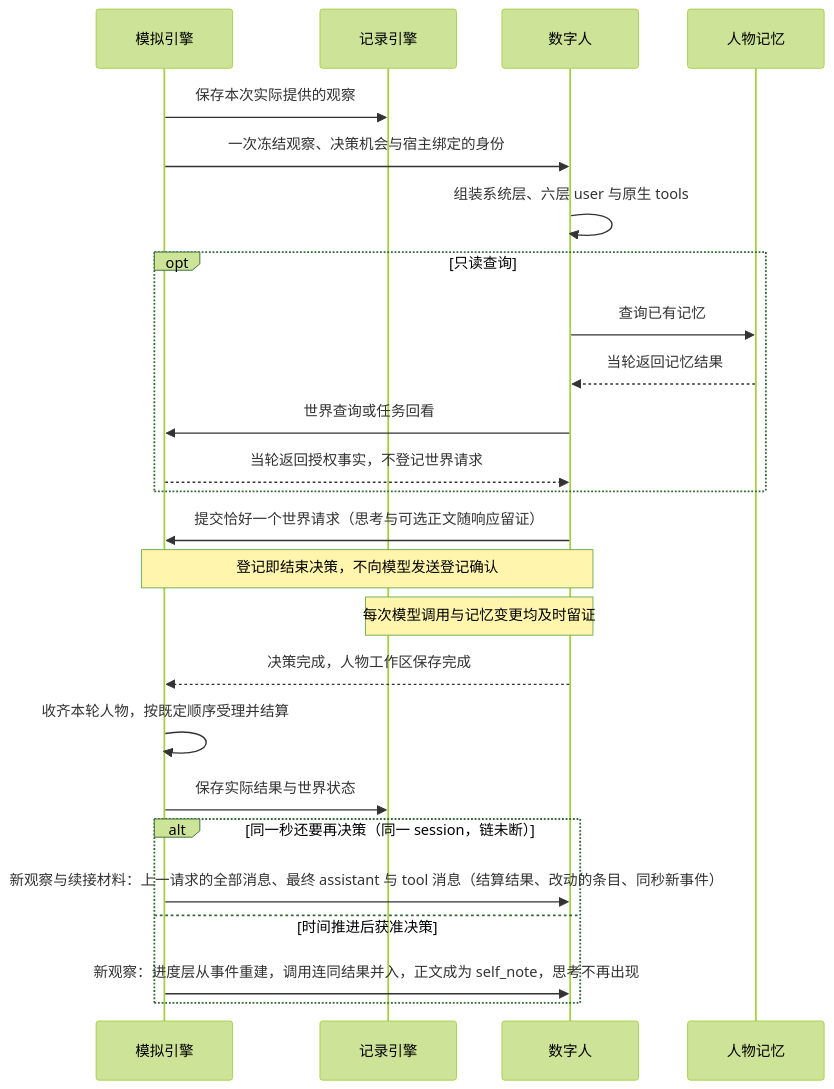
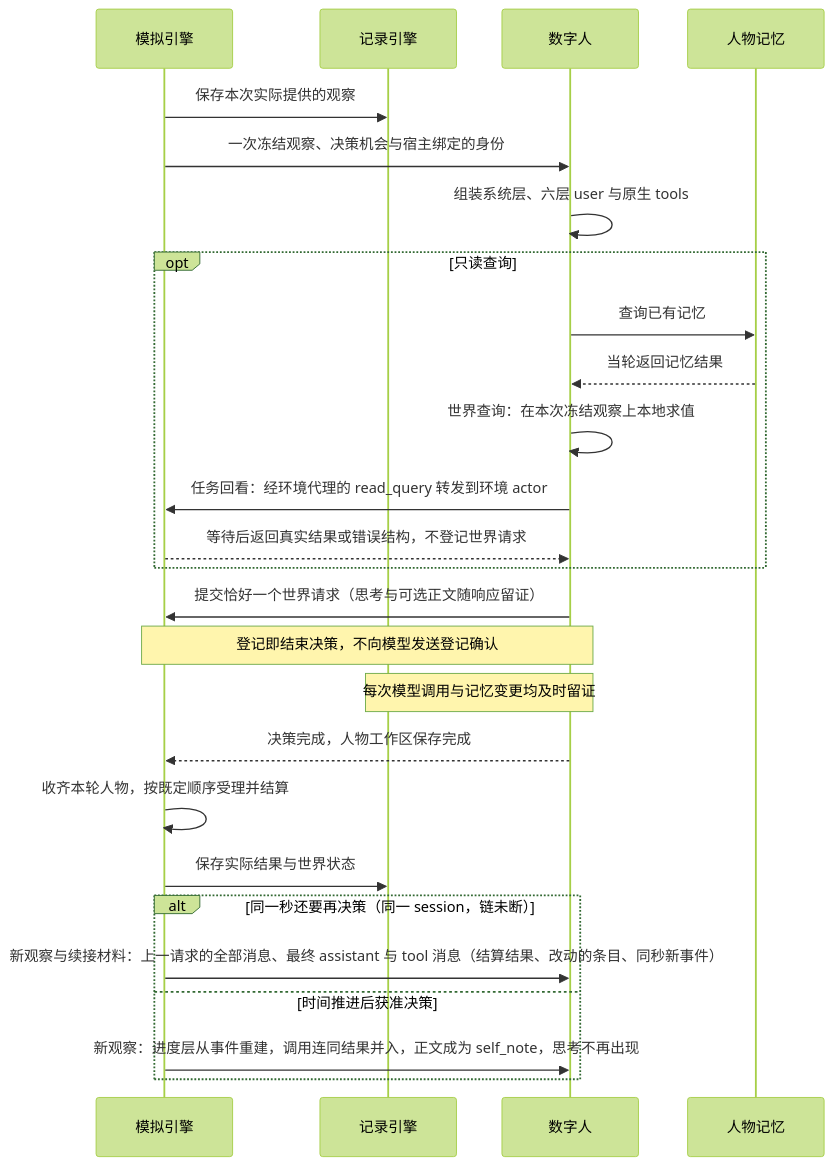
The fourth of 11 diagrams in docs/design/04-simulation-engine.md (HoldThatThgt/WorldMock), drawn with Mermaid (forest theme) before and after one commit. The commit also changed other lines of this file and 18 other files, not shown here.

````diff
--- a/docs/design/04-simulation-engine.md
+++ b/docs/design/04-simulation-engine.md
@@ -279,27 +280,28 @@
 ```mermaid
 sequenceDiagram
     participant S as 模拟引擎
     participant R as 记录引擎
     participant A as 数字人
     participant M as 人物记忆
     S->>R: 保存本次实际提供的观察
     S->>A: 一次冻结观察、决策机会与宿主绑定的身份
     A->>A: 组装系统层、六层 user 与原生 tools
     opt 只读查询
         A->>M: 查询已有记忆
         M-->>A: 当轮返回记忆结果
-        A->>S: 世界查询或任务回看
-        S-->>A: 当轮返回授权事实，不登记世界请求
+        A->>A: 世界查询：在本次冻结观察上本地求值
+        A->>S: 任务回看：经环境代理的 read_query 转发到环境 actor
+        S-->>A: 等待后返回真实结果或错误结构，不登记世界请求
     end
     A->>S: 提交恰好一个世界请求（思考与可选正文随响应留证）
     Note over A,S: 登记即结束决策，不向模型发送登记确认
     Note over A,R: 每次模型调用与记忆变更均及时留证
     A-->>S: 决策完成，人物工作区保存完成
     S->>S: 收齐本轮人物，按既定顺序受理并结算
     S->>R: 保存实际结果与世界状态
     alt 同一秒还要再决策（同一 session，链未断）
         S->>A: 新观察与续接材料：上一请求的全部消息、最终 assistant 与 tool 消息（结算结果、改动的条目、同秒新事件）
     else 时间推进后获准决策
         S->>A: 新观察：进度层从事件重建，调用连同结果并入，正文成为 self_note，思考不再出现
     end
 ```
````
